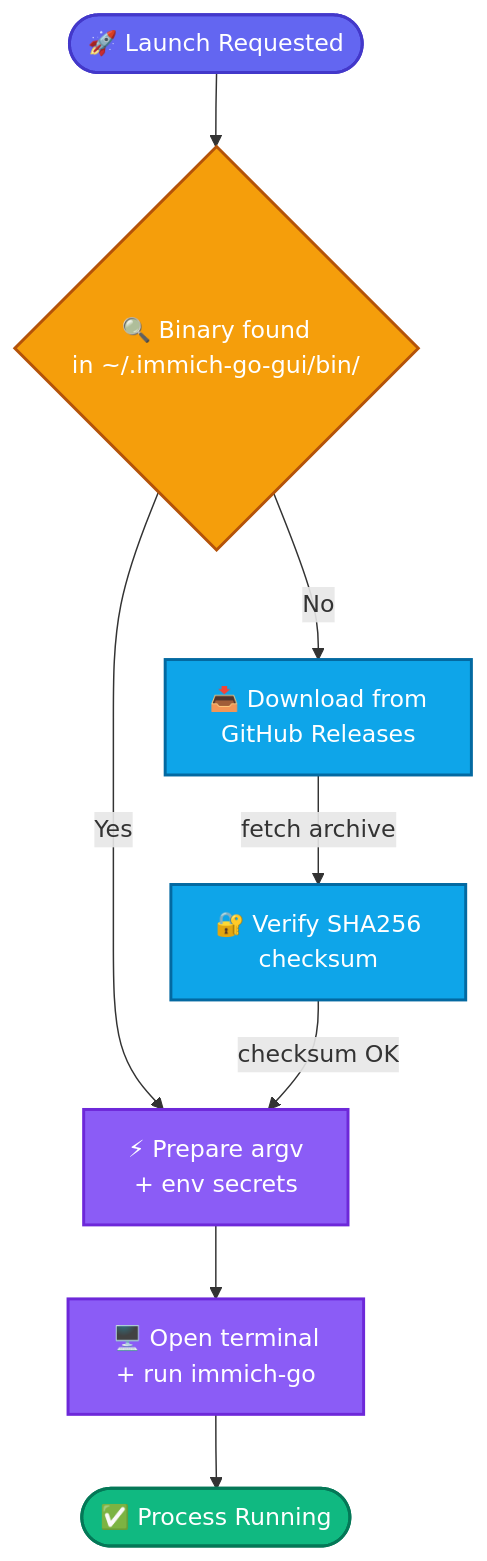
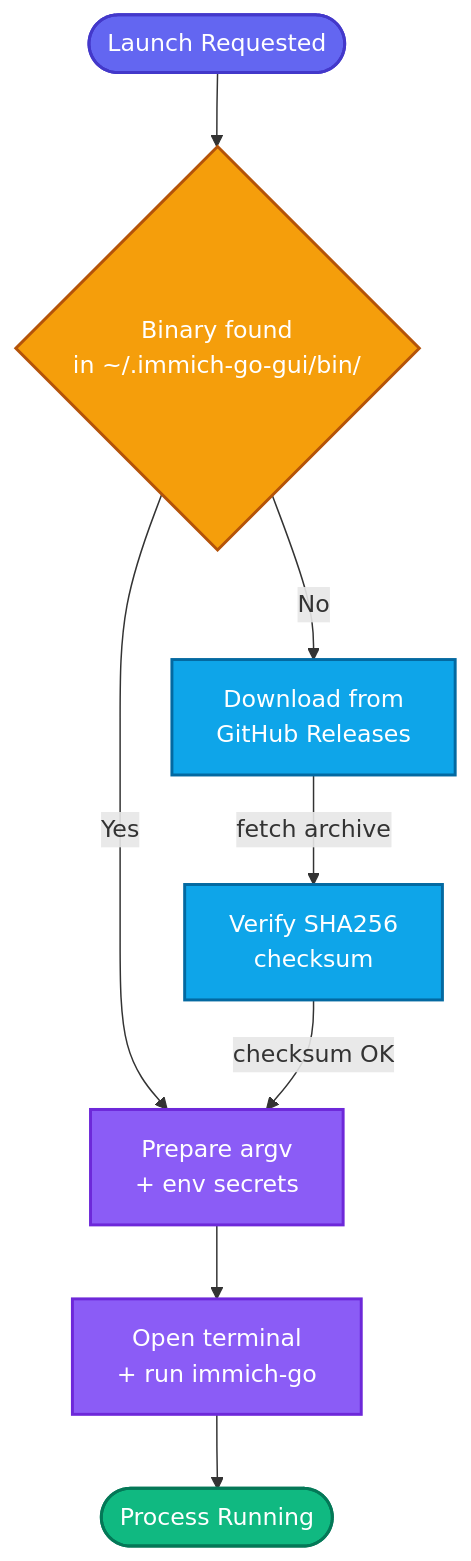
Before and after one commit to shitan198u/immich-go-gui: the second of 2 diagrams in docs/user-guide/configuration.md, drawn with Mermaid. The commit also changed 21 other files, not shown here.

````diff
--- a/docs/user-guide/configuration.md
+++ b/docs/user-guide/configuration.md
@@ -75,24 +75,24 @@
 ```mermaid
 flowchart TD
     classDef startEnd fill:#6366f1,stroke:#4338ca,color:#fff,stroke-width:2px
     classDef check fill:#f59e0b,stroke:#b45309,color:#fff,stroke-width:2px
     classDef download fill:#0ea5e9,stroke:#0369a1,color:#fff,stroke-width:2px
     classDef run fill:#8b5cf6,stroke:#6d28d9,color:#fff,stroke-width:2px
     classDef done fill:#10b981,stroke:#047857,color:#fff,stroke-width:2px
 
-    Start([🚀 Launch Requested]):::startEnd
-    Check{🔍 Binary found\nin ~/.immich-go-gui/bin/}:::check
-    Download[📥 Download from\nGitHub Releases]:::download
-    Verify[🔐 Verify SHA256\nchecksum]:::download
-    Launch[⚡ Prepare argv\n+ env secrets]:::run
-    Execute[🖥️ Open terminal\n+ run immich-go]:::run
-    Done([✅ Process Running]):::done
+    Start([Launch Requested]):::startEnd
+    Check{Binary found\nin ~/.immich-go-gui/bin/}:::check
+    Download[Download from\nGitHub Releases]:::download
+    Verify[Verify SHA256\nchecksum]:::download
+    Launch[Prepare argv\n+ env secrets]:::run
+    Execute[Open terminal\n+ run immich-go]:::run
+    Done([Process Running]):::done
 
     Start --> Check
     Check -- Yes --> Launch
     Check -- No --> Download
     Download -->|fetch archive| Verify
     Verify -->|checksum OK| Launch
     Launch --> Execute
     Execute --> Done
 ```
````
